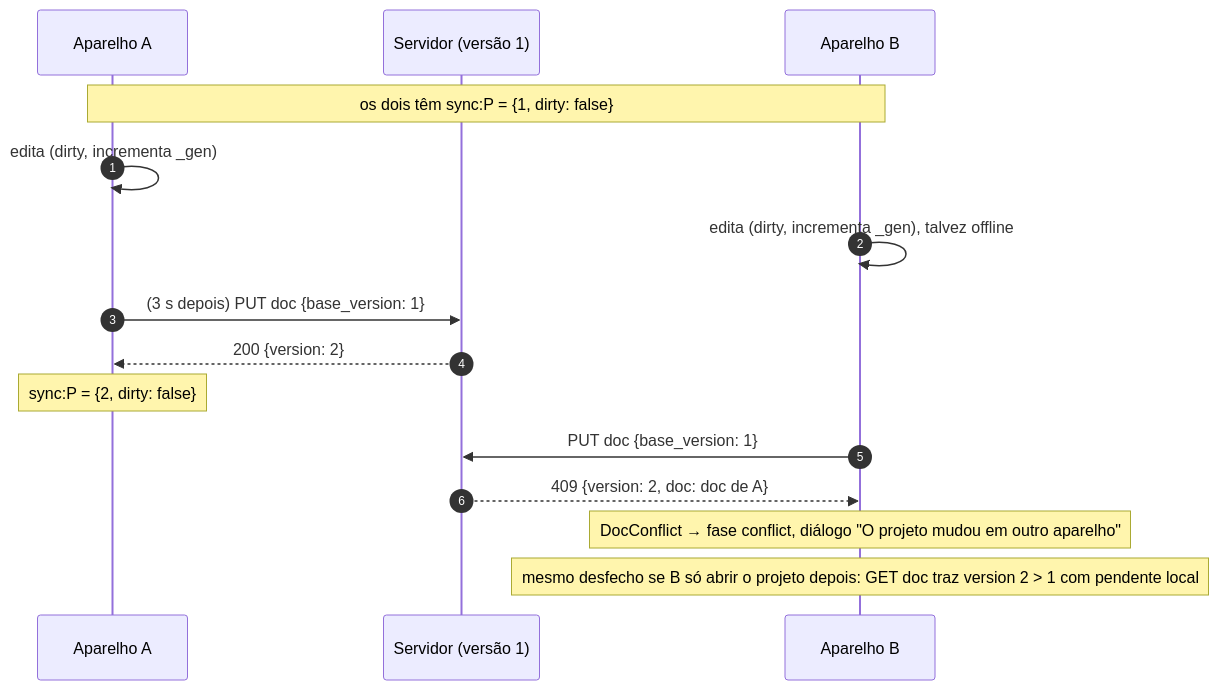
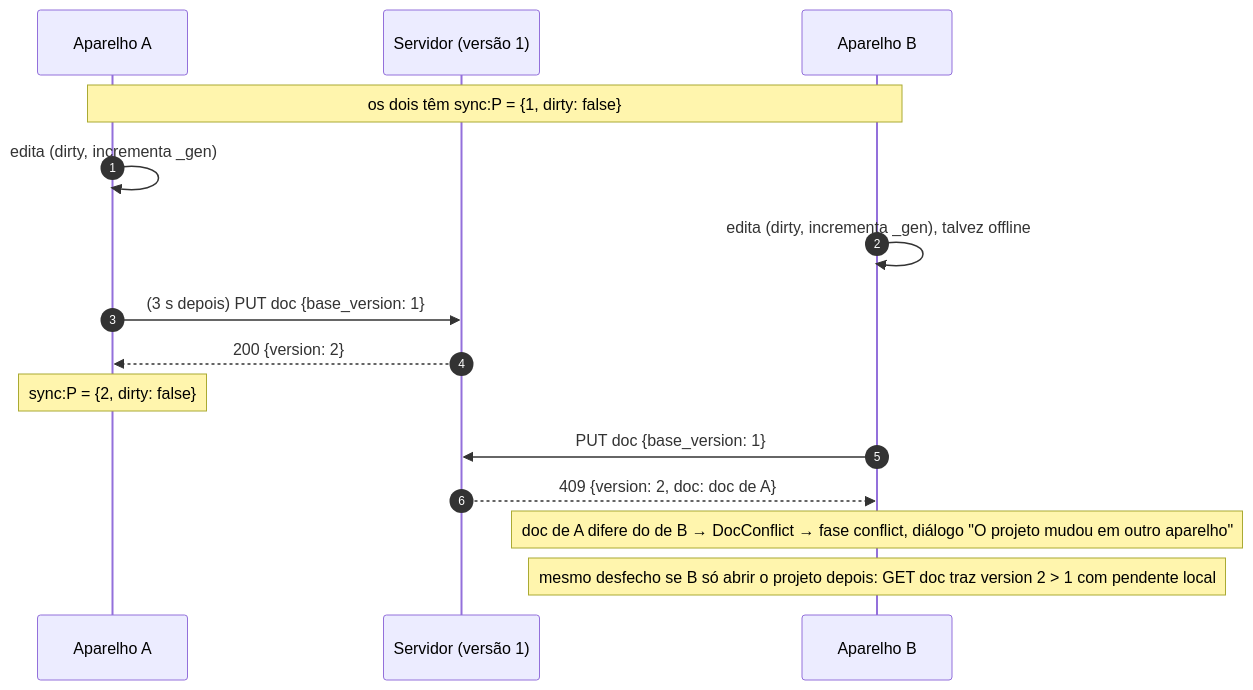
The fourth of 8 diagrams in docs/dev/12-sincronizacao.md (JoaoHenriqueBarbosa/jopendaw), drawn with Mermaid before and after one commit. The commit also changed other lines of this file and 37 other files, not shown here.

````diff
--- a/docs/dev/12-sincronizacao.md
+++ b/docs/dev/12-sincronizacao.md
@@ -209,18 +242,18 @@
 ```mermaid
 sequenceDiagram
     autonumber
     participant A as Aparelho A
     participant S as Servidor (versão 1)
     participant B as Aparelho B
 
     Note over A,B: os dois têm sync:P = {1, dirty: false}
     A->>A: edita (dirty, incrementa _gen)
     B->>B: edita (dirty, incrementa _gen), talvez offline
     A->>S: (3 s depois) PUT doc {base_version: 1}
     S-->>A: 200 {version: 2}
     Note over A: sync:P = {2, dirty: false}
     B->>S: PUT doc {base_version: 1}
     S-->>B: 409 {version: 2, doc: doc de A}
-    Note over B: DocConflict → fase conflict, diálogo "O projeto mudou em outro aparelho"
+    Note over B: doc de A difere do de B → DocConflict → fase conflict, diálogo "O projeto mudou em outro aparelho"
     Note over B: mesmo desfecho se B só abrir o projeto depois: GET doc traz version 2 > 1 com pendente local
 ```
````
